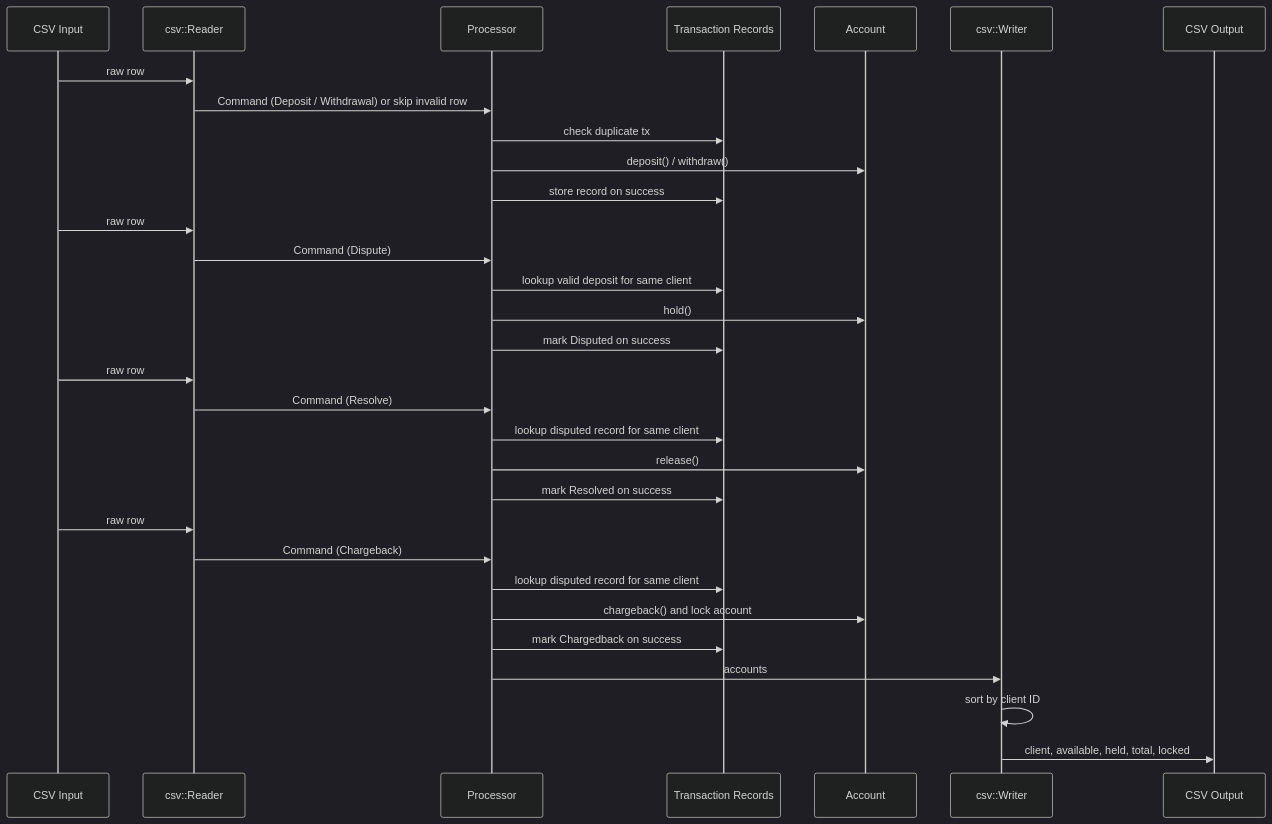
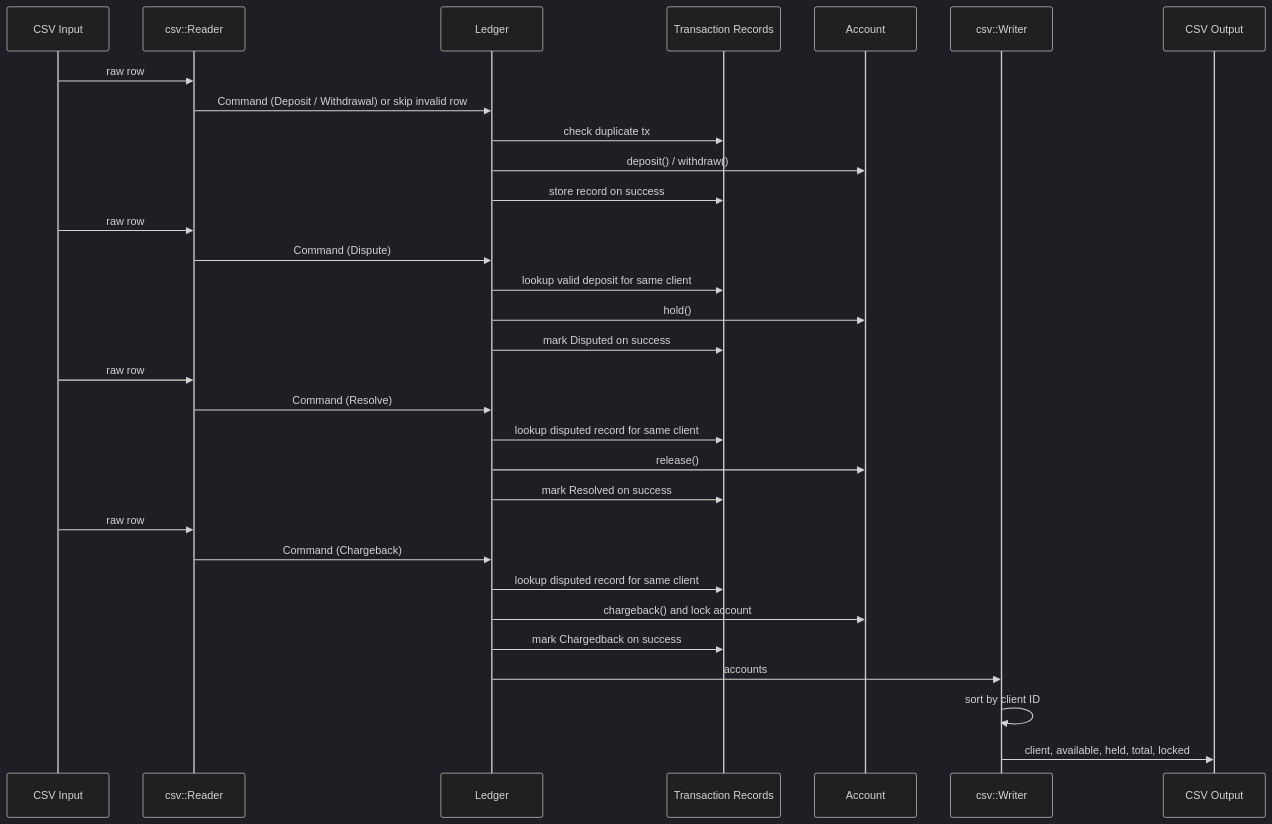
One commit to leonardorudolfocardoso/themis changed the diagram in README.md. Above: the diagram before and after it, drawn with Mermaid (dark theme). The commit also changed other lines of this file and 5 other files, not shown here.

Commit message:
refactor: rename processor to ledger

````diff
--- a/README.md
+++ b/README.md
@@ -75,38 +75,38 @@
 ```mermaid
 sequenceDiagram
     participant CSV as CSV Input
     participant Reader as csv::Reader
-    participant Processor
+    participant Ledger
     participant Records as Transaction Records
     participant Account
     participant Writer as csv::Writer
     participant Out as CSV Output
 
     CSV->>Reader: raw row
-    Reader->>Processor: Command (Deposit / Withdrawal) or skip invalid row
-    Processor->>Records: check duplicate tx
-    Processor->>Account: deposit() / withdraw()
-    Processor->>Records: store record on success
+    Reader->>Ledger: Command (Deposit / Withdrawal) or skip invalid row
+    Ledger->>Records: check duplicate tx
+    Ledger->>Account: deposit() / withdraw()
+    Ledger->>Records: store record on success
 
     CSV->>Reader: raw row
-    Reader->>Processor: Command (Dispute)
-    Processor->>Records: lookup valid deposit for same client
-    Processor->>Account: hold()
-    Processor->>Records: mark Disputed on success
+    Reader->>Ledger: Command (Dispute)
+    Ledger->>Records: lookup valid deposit for same client
+    Ledger->>Account: hold()
+    Ledger->>Records: mark Disputed on success
 
     CSV->>Reader: raw row
-    Reader->>Processor: Command (Resolve)
-    Processor->>Records: lookup disputed record for same client
-    Processor->>Account: release()
-    Processor->>Records: mark Resolved on success
+    Reader->>Ledger: Command (Resolve)
+    Ledger->>Records: lookup disputed record for same client
+    Ledger->>Account: release()
+    Ledger->>Records: mark Resolved on success
 
     CSV->>Reader: raw row
-    Reader->>Processor: Command (Chargeback)
-    Processor->>Records: lookup disputed record for same client
-    Processor->>Account: chargeback() and lock account
-    Processor->>Records: mark Chargedback on success
+    Reader->>Ledger: Command (Chargeback)
+    Ledger->>Records: lookup disputed record for same client
+    Ledger->>Account: chargeback() and lock account
+    Ledger->>Records: mark Chargedback on success
 
-    Processor->>Writer: accounts
+    Ledger->>Writer: accounts
     Writer->>Writer: sort by client ID
     Writer->>Out: client, available, held, total, locked
 ```
````
